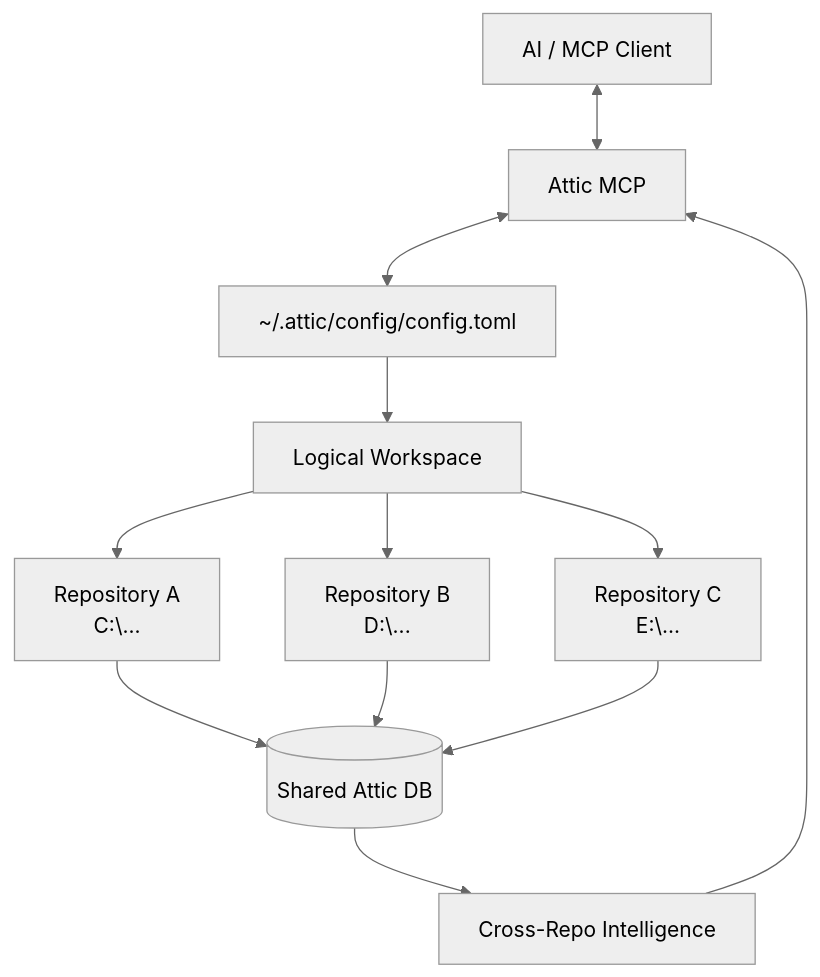
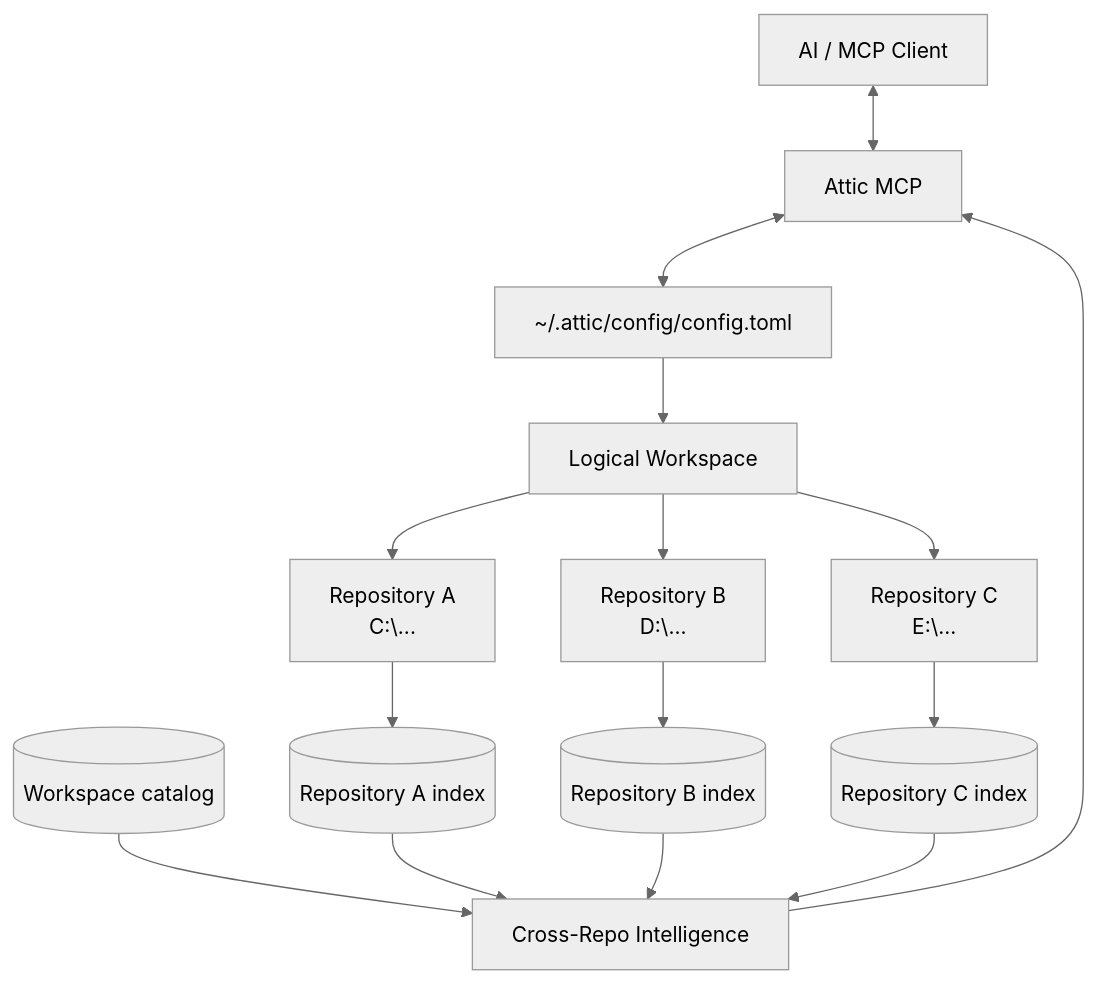
Before and after one commit to aman-5/attic: the sixth of 6 diagrams in docs/ARCHITECTURE.md, drawn with Mermaid (neutral theme). The commit also changed other lines of this file and 118 other files, not shown here.

````diff
--- a/docs/ARCHITECTURE.md
+++ b/docs/ARCHITECTURE.md
@@ -819,24 +680,30 @@
 ```mermaid
 flowchart TD
     AI[AI / MCP Client]
     MCP[Attic MCP]
     CFG["~/.attic/config/config.toml"]
     W[Logical Workspace]
     A["Repository A<br/>C:\..."]
     B["Repository B<br/>D:\..."]
     C["Repository C<br/>E:\..."]
-    DB[(Shared Attic DB)]
+    Catalog[(Workspace catalog)]
+    StoreA[(Repository A index)]
+    StoreB[(Repository B index)]
+    StoreC[(Repository C index)]
     CR[Cross-Repo Intelligence]
 
     AI <--> MCP
     MCP <--> CFG
     CFG --> W
     W --> A
     W --> B
     W --> C
-    A --> DB
-    B --> DB
-    C --> DB
-    DB --> CR
+    A --> StoreA
+    B --> StoreB
+    C --> StoreC
+    Catalog --> CR
+    StoreA --> CR
+    StoreB --> CR
+    StoreC --> CR
     CR --> MCP
 ```
````
